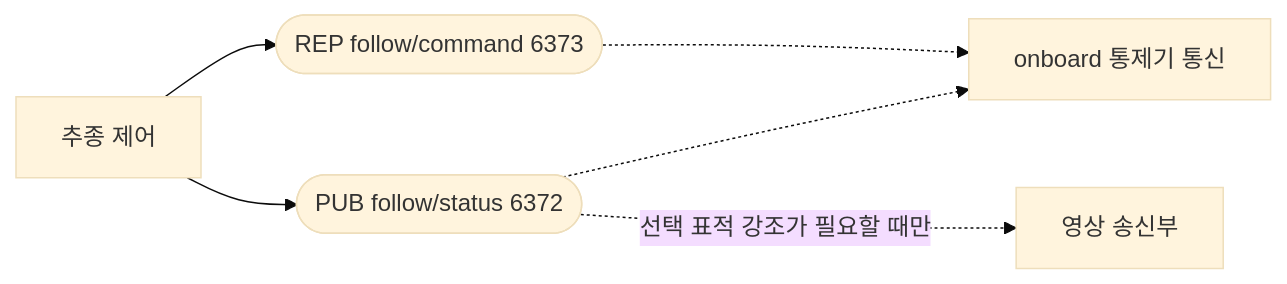
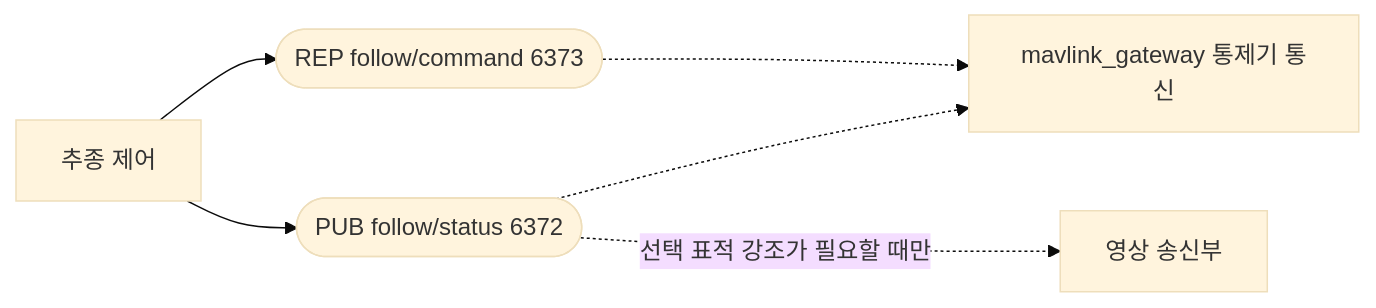
The third of 4 diagrams in docs/design/uml/component.md (lig-argus/argus-edge-vision), drawn with Mermaid (base theme) before and after one commit. The commit also changed other lines of this file and 44 other files, not shown here.

First line of the commit message:
refactor(onboard): FC, 통제기 통신 프로세스의 이름을 onboard 에서 mavlink_gateway 로 변경 (#83)

````diff
--- a/docs/design/uml/component.md
+++ b/docs/design/uml/component.md
@@ -81,16 +81,16 @@
 ```mermaid
 flowchart LR
-    gcs_link[onboard 통제기 통신]
+    gcs_link[mavlink_gateway 통제기 통신]
     follow[추종 제어]
     vtx[영상 송신부]
 
     i_fcmd([REP follow/command 6373])
     i_fstatus([PUB follow/status 6372])
 
     follow --> i_fcmd
     follow --> i_fstatus
 
     i_fcmd -.-> gcs_link
     i_fstatus -.-> gcs_link
     i_fstatus -.->|선택 표적 강조가 필요할 때만| vtx
 ```
````
